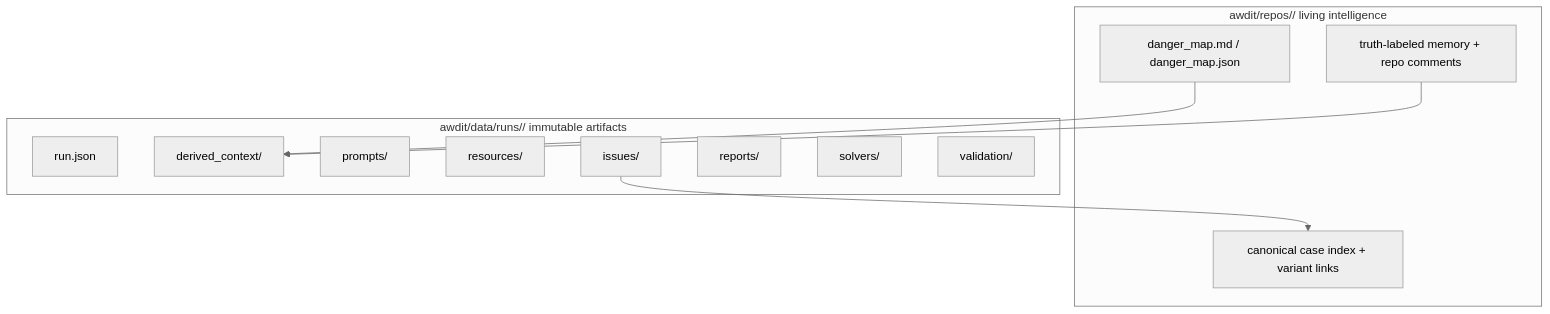
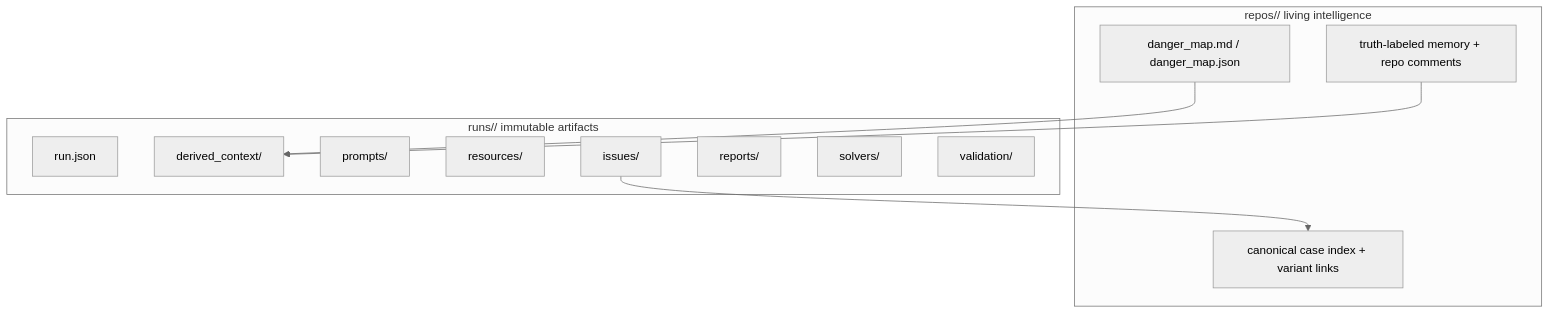
Before and after one commit to danflo27/awdit: the third of 3 diagrams in docs/architecture.md, drawn with Mermaid (neutral theme). The commit also changed other lines of this file and 26 other files, not shown here.

````diff
--- a/docs/architecture.md
+++ b/docs/architecture.md
@@ -395,23 +397,23 @@
 ```mermaid
 flowchart TB
-    subgraph Repo["awdit/repos/<repo_key>/ living intelligence"]
+    subgraph Repo["repos/<repo_key>/ living intelligence"]
         DM["danger_map.md / danger_map.json"]
         RM["truth-labeled memory + repo comments"]
         CI["canonical case index + variant links"]
     end
 
-    subgraph Run["awdit/data/runs/<run_id>/ immutable artifacts"]
+    subgraph Run["runs/<run_id>/ immutable artifacts"]
         RJ["run.json"]
         DG["derived_context/"]
         PR["prompts/"]
         RE["resources/"]
         IS["issues/"]
         RP["reports/"]
         SV["solvers/"]
         VA["validation/"]
     end
 
     DM --> DG
     RM --> DG
     IS --> CI
 ```
````
